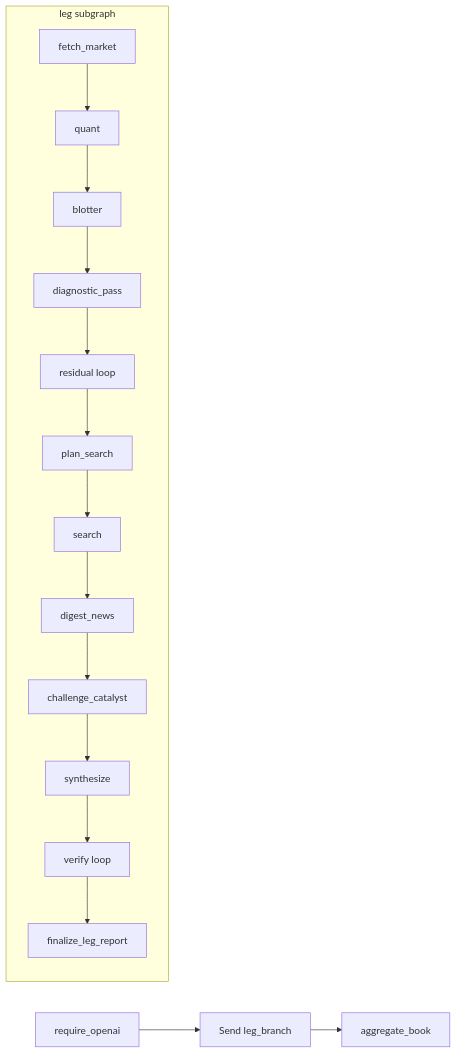
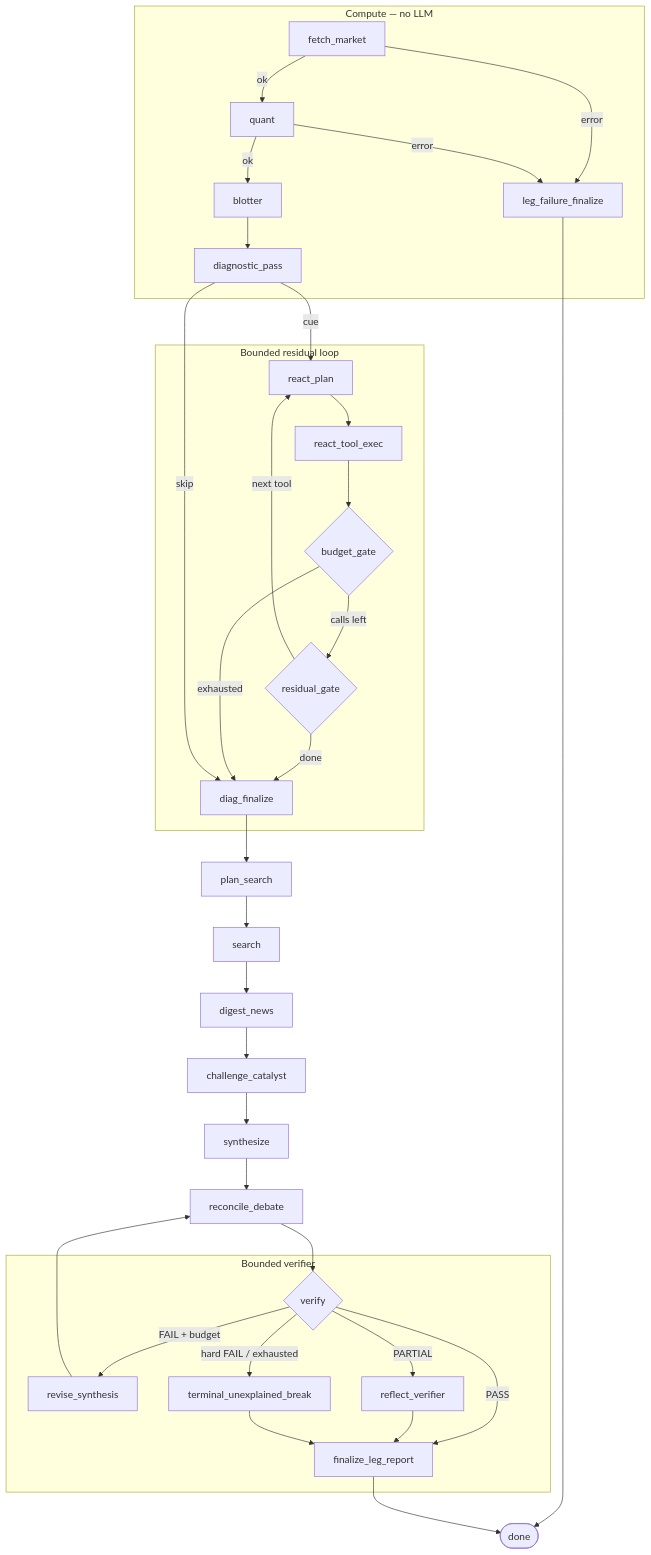
Before and after one commit to Kmg-Zh/ExplainMyOption: the second of 2 diagrams in README.md, drawn with Mermaid. The commit also changed other lines of this file and 1 other file, not shown here.

````diff
--- a/README.md
+++ b/README.md
@@ -84,16 +115,39 @@
 ```mermaid
-flowchart LR
-    A[require_openai] --> B[Send leg_branch]
-    B --> C[aggregate_book]
-    subgraph D[leg subgraph]
-      D1[fetch_market] --> D2[quant] --> D3[blotter] --> D4[diagnostic_pass]
-      D4 --> D5[residual loop]
-      D5 --> D6[plan_search]
-      D6 --> D7[search]
-      D7 --> D8[digest_news]
-      D8 --> D9[challenge_catalyst]
-      D9 --> D10[synthesize]
-      D10 --> D11[verify loop]
-      D11 --> D12[finalize_leg_report]
-    end
+flowchart TB
+  subgraph compute["Compute — no LLM"]
+    FM[fetch_market] -->|ok| Q[quant]
+    FM -->|error| FAIL[leg_failure_finalize]
+    Q -->|ok| BL[blotter]
+    Q -->|error| FAIL
+    BL --> DP[diagnostic_pass]
+  end
+
+  subgraph residual["Bounded residual loop"]
+    RP[react_plan] --> EX[react_tool_exec] --> BG{budget_gate}
+    BG -->|calls left| RG{residual_gate}
+    RG -->|next tool| RP
+    RG -->|done| DF[diag_finalize]
+    BG -->|exhausted| DF
+  end
+
+  DP -->|cue| RP
+  DP -->|skip| DF
+
+  DF --> PS[plan_search] --> SE[search] --> DG[digest_news]
+  DG --> CH[challenge_catalyst] --> SY[synthesize] --> RC[reconcile_debate]
+
+  subgraph verify["Bounded verifier"]
+    VF{verify}
+    VF -->|PASS| FIN[finalize_leg_report]
+    VF -->|FAIL + budget| REV[revise_synthesis]
+    VF -->|PARTIAL| REF[reflect_verifier]
+    VF -->|hard FAIL / exhausted| TUB[terminal_unexplained_break]
+  end
+
+  RC --> VF
+  REV --> RC
+  REF --> FIN
+  TUB --> FIN
+  FAIL --> DONE([done])
+  FIN --> DONE
 ```
````
